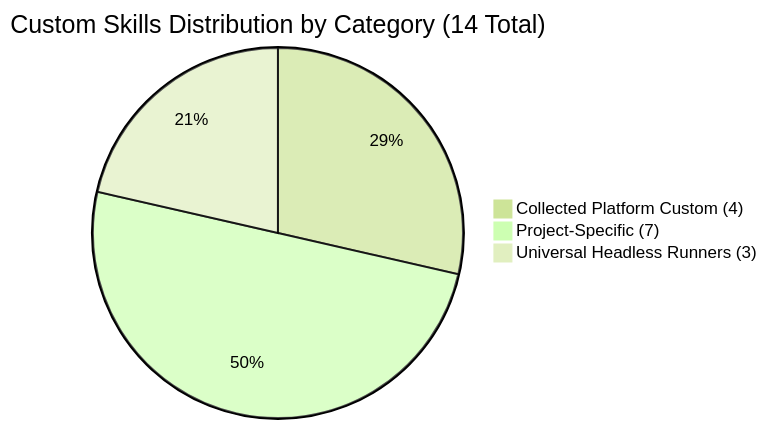
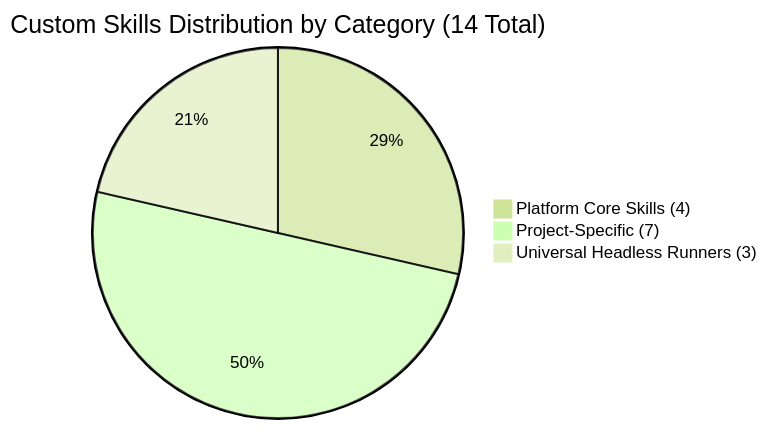
Before and after one commit to trishul-developers/trishul-skills: the diagram in docs/TAXONOMY.md, drawn with Mermaid (forest theme). The commit also changed other lines of this file and 15 other files, not shown here.

First line of the commit message:
Move consolidated platform skills directly into skills directory

````diff
--- a/docs/TAXONOMY.md
+++ b/docs/TAXONOMY.md
@@ -9,6 +9,6 @@
 ```mermaid
 pie title Custom Skills Distribution by Category (14 Total)
-    "Collected Platform Custom (4)" : 4
+    "Platform Core Skills (4)" : 4
     "Project-Specific (7)" : 7
     "Universal Headless Runners (3)" : 3
 ```
````
